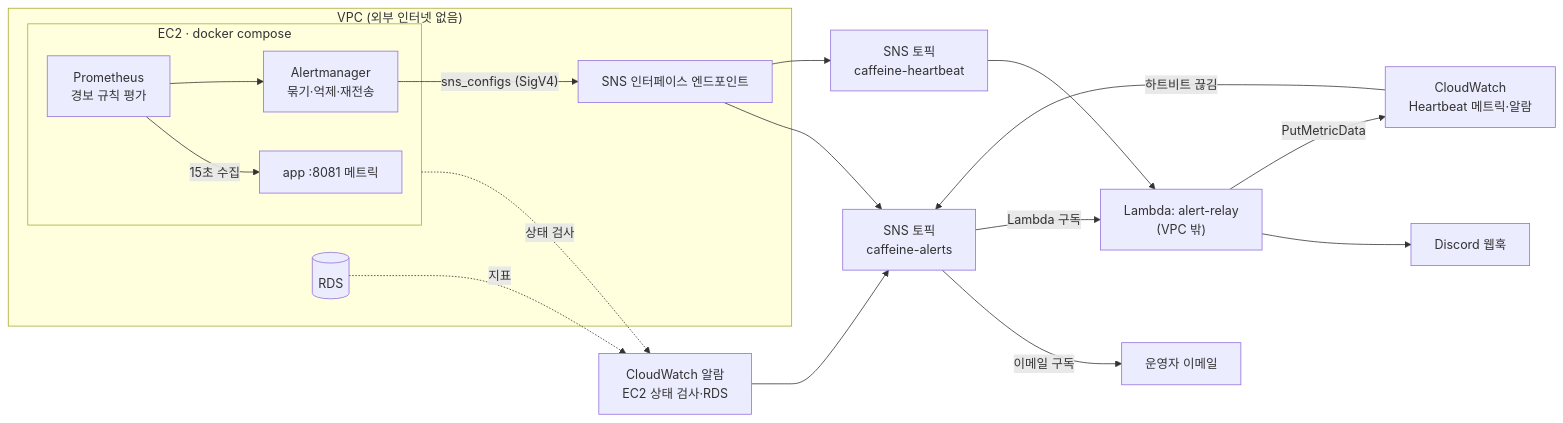
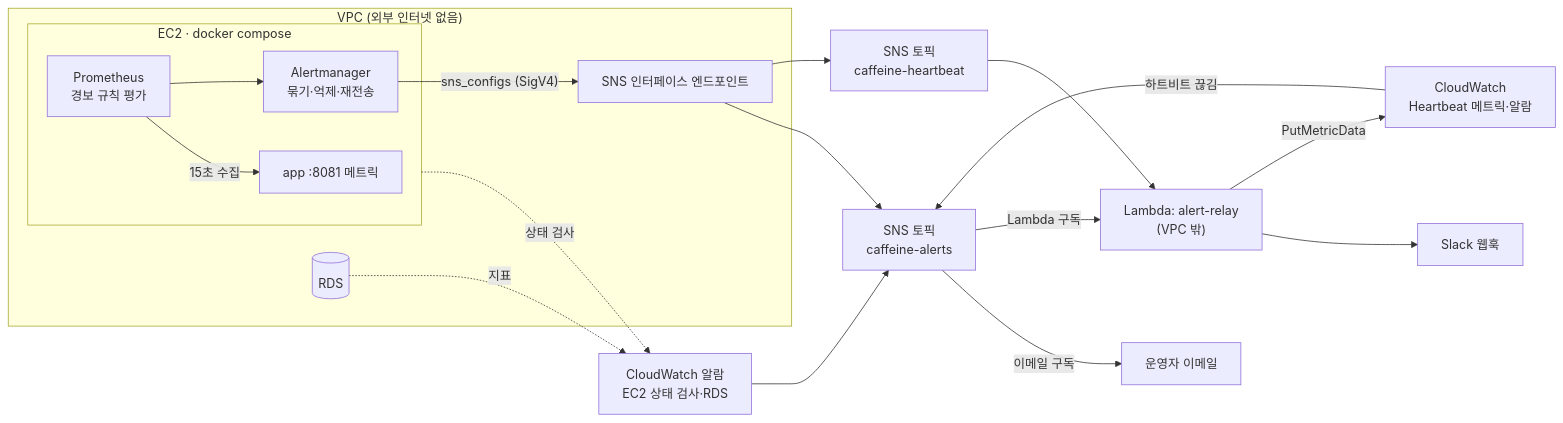
The diagram in docs/alerting-plan.md (ksiksit/caffeine_tracker_server), drawn with Mermaid before and after one commit. The commit also changed other lines of this file and 10 other files, not shown here.

First line of the commit message:
refactor(alerting): 경보 메신저를 Discord 에서 Slack 으로 변경

````diff
--- a/docs/alerting-plan.md
+++ b/docs/alerting-plan.md
@@ -41,32 +41,32 @@
 ```mermaid
 flowchart LR
     subgraph VPC["VPC (외부 인터넷 없음)"]
         subgraph EC2["EC2 · docker compose"]
             APP[app :8081 메트릭]
             PROM["Prometheus<br/>경보 규칙 평가"]
             AM["Alertmanager<br/>묶기·억제·재전송"]
         end
         EP[SNS 인터페이스 엔드포인트]
         RDS[(RDS)]
     end
     TA[SNS 토픽<br/>caffeine-alerts]
     TH[SNS 토픽<br/>caffeine-heartbeat]
     MAIL[운영자 이메일]
     L["Lambda: alert-relay<br/>(VPC 밖)"]
-    DC[Discord 웹훅]
+    DC[Slack 웹훅]
     CW["CloudWatch<br/>Heartbeat 메트릭·알람"]
     CWA["CloudWatch 알람<br/>EC2 상태 검사·RDS"]
 
     PROM -- 15초 수집 --> APP
     PROM --> AM
     AM -- "sns_configs (SigV4)" --> EP
     EP --> TA
     EP --> TH
     TA -- 이메일 구독 --> MAIL
     TA -- Lambda 구독 --> L --> DC
     TH --> L -- PutMetricData --> CW
     CW -- "하트비트 끊김" --> TA
     CWA --> TA
     EC2 -.상태 검사.-> CWA
     RDS -.지표.-> CWA
 ```
````
